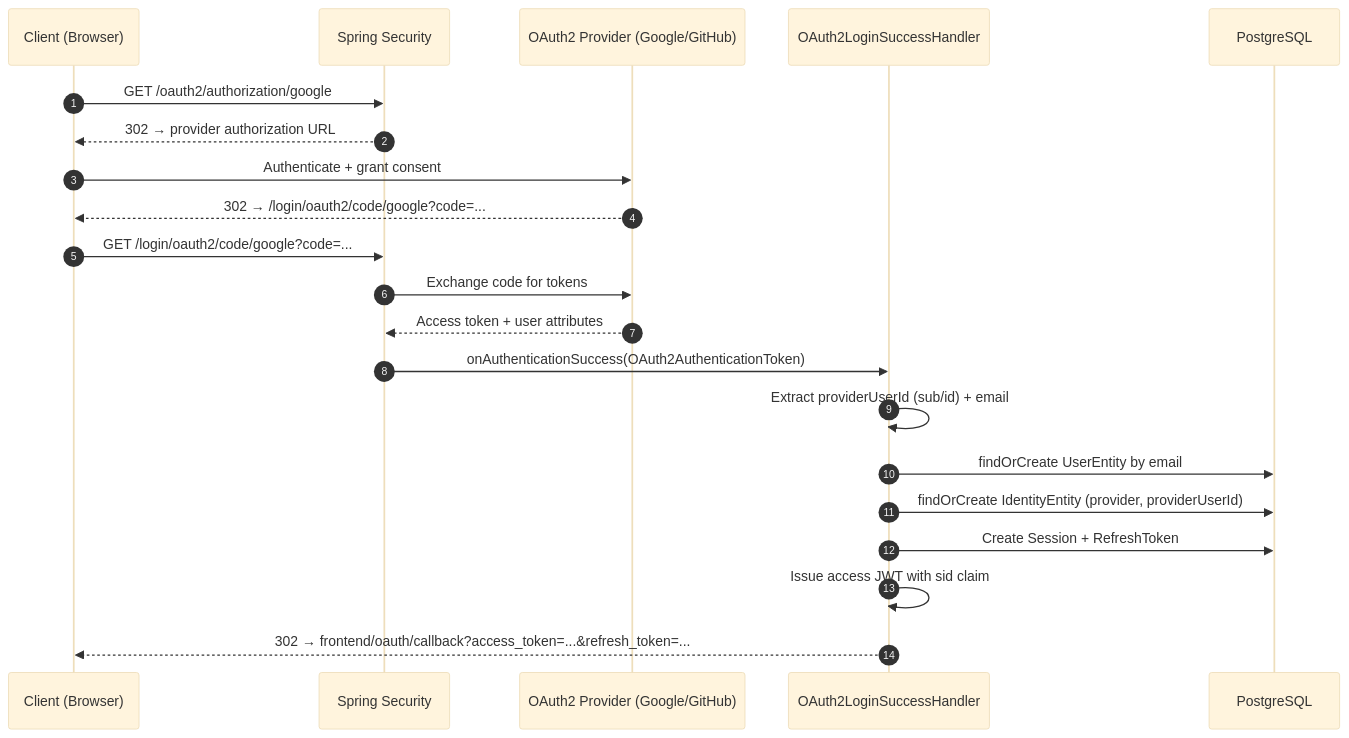
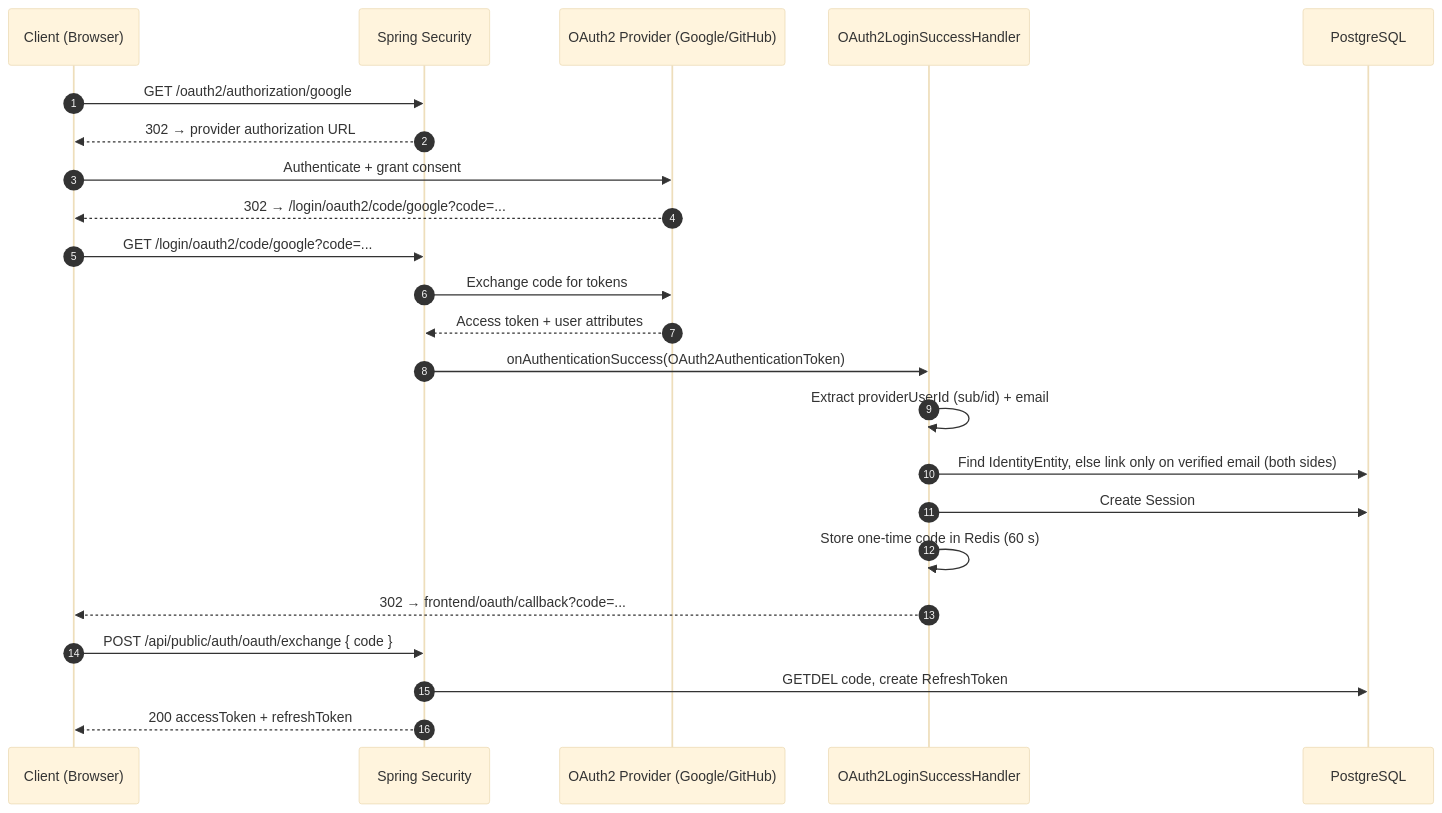
The fifth of 6 diagrams in docs/architecture/current-implemented-flows.md (RainyinSaiGon/Authlyn), drawn with Mermaid (base theme) before and after one commit. The commit also changed 30 other files, not shown here.

First line of the commit message:
fix: harden auth flows from phase 1 security review

````diff
--- a/docs/architecture/current-implemented-flows.md
+++ b/docs/architecture/current-implemented-flows.md
@@ -152,27 +152,30 @@
 ```mermaid
 sequenceDiagram
     autonumber
     participant U as Client (Browser)
     participant SP as Spring Security
     participant OP as OAuth2 Provider (Google/GitHub)
     participant OH as OAuth2LoginSuccessHandler
     participant DB as PostgreSQL
 
     U->>SP: GET /oauth2/authorization/google
     SP-->>U: 302 → provider authorization URL
 
     U->>OP: Authenticate + grant consent
     OP-->>U: 302 → /login/oauth2/code/google?code=...
 
     U->>SP: GET /login/oauth2/code/google?code=...
     SP->>OP: Exchange code for tokens
     OP-->>SP: Access token + user attributes
 
     SP->>OH: onAuthenticationSuccess(OAuth2AuthenticationToken)
     OH->>OH: Extract providerUserId (sub/id) + email
-    OH->>DB: findOrCreate UserEntity by email
-    OH->>DB: findOrCreate IdentityEntity (provider, providerUserId)
-    OH->>DB: Create Session + RefreshToken
-    OH->>OH: Issue access JWT with sid claim
-    OH-->>U: 302 → frontend/oauth/callback?access_token=...&refresh_token=...
+    OH->>DB: Find IdentityEntity, else link only on verified email (both sides)
+    OH->>DB: Create Session
+    OH->>OH: Store one-time code in Redis (60 s)
+    OH-->>U: 302 → frontend/oauth/callback?code=...
+
+    U->>SP: POST /api/public/auth/oauth/exchange { code }
+    SP->>DB: GETDEL code, create RefreshToken
+    SP-->>U: 200 accessToken + refreshToken
 ```
````
